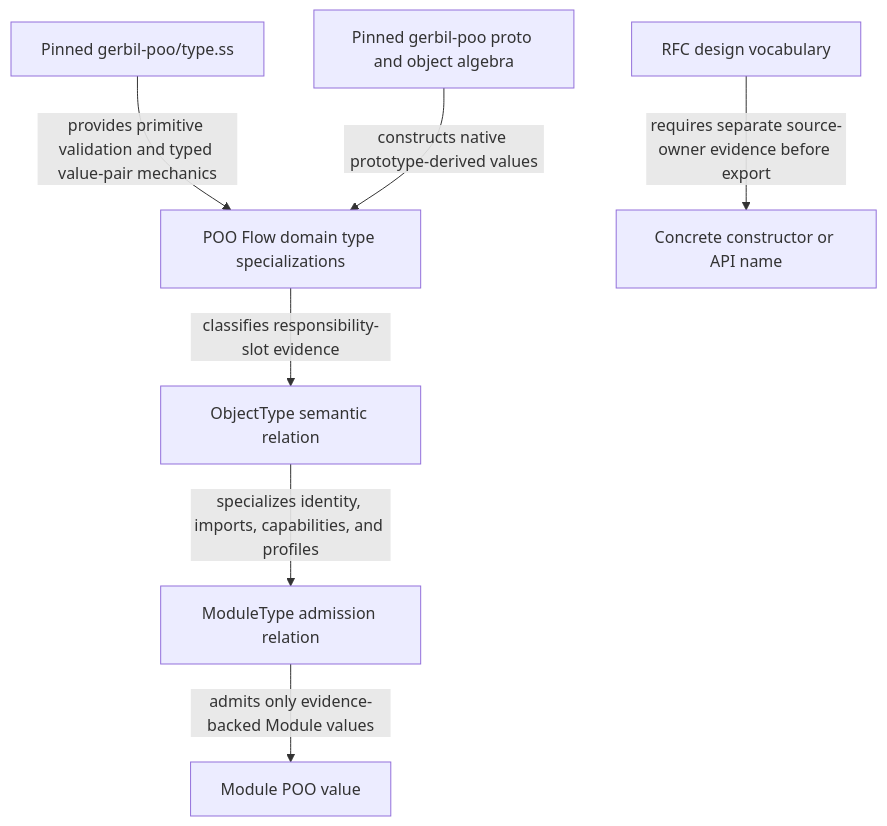
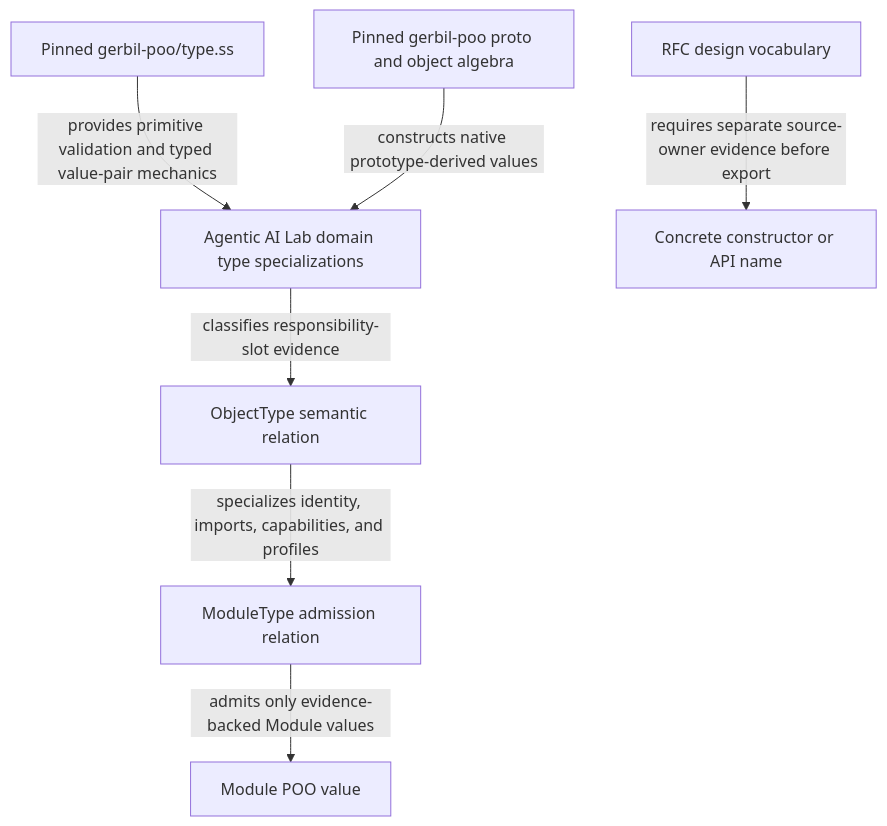
The third of 4 diagrams in module-system/design/45-120-01-poo-native-type-and-contract-prototype-foundation.org (tao3k/gebril-yuanxu), drawn with Mermaid before and after one commit. The commit also changed other lines of this file and 507 other files, not shown here.

```diff
--- a/module-system/design/45-120-01-poo-native-type-and-contract-prototype-foundation.org
+++ b/module-system/design/45-120-01-poo-native-type-and-contract-prototype-foundation.org
@@ -248,9 +248,9 @@
 #+begin_src mermaid
 flowchart TD
-  U["Pinned gerbil-poo/type.ss"] -->|"provides primitive validation and typed value-pair mechanics"| T["POO Flow domain type specializations"]
+  U["Pinned gerbil-poo/type.ss"] -->|"provides primitive validation and typed value-pair mechanics"| T["Agentic AI Lab domain type specializations"]
   P["Pinned gerbil-poo proto and object algebra"] -->|"constructs native prototype-derived values"| T
   T -->|"classifies responsibility-slot evidence"| O["ObjectType semantic relation"]
   O -->|"specializes identity, imports, capabilities, and profiles"| M["ModuleType admission relation"]
   M -->|"admits only evidence-backed Module values"| V["Module POO value"]
   D["RFC design vocabulary"] -->|"requires separate source-owner evidence before export"| A["Concrete constructor or API name"]
 #+end_src
```
